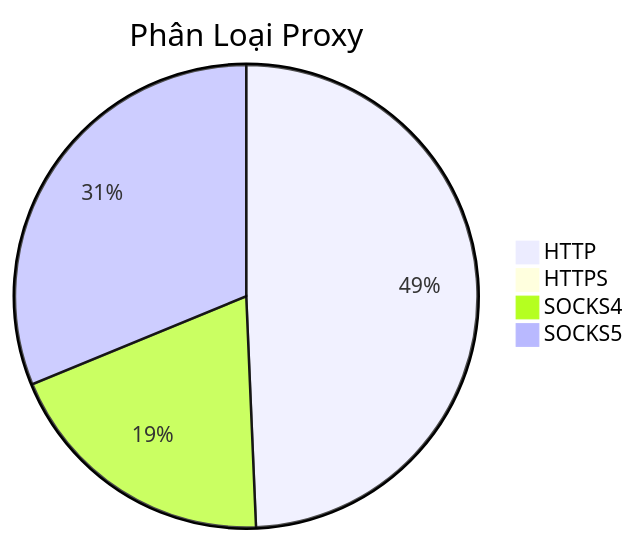
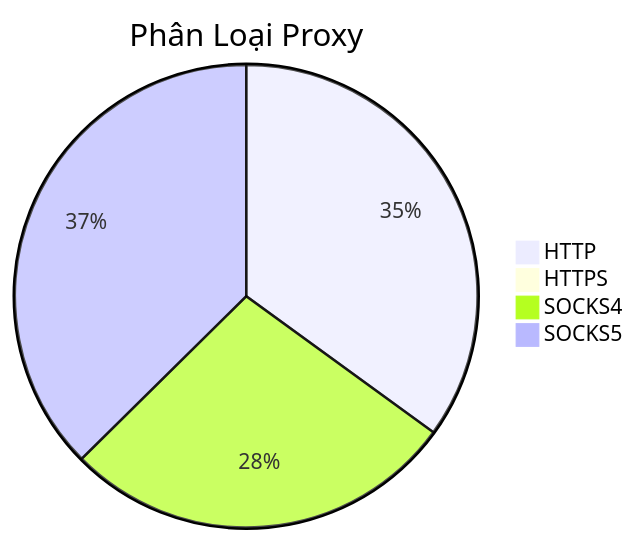
Before and after one commit to Ciara-12/PROXY-free: the diagram in README.md, drawn with Mermaid. The commit also changed other lines of this file and 4 other files, not shown here.

````diff
--- a/README.md
+++ b/README.md
@@ -26,7 +26,7 @@
 ```mermaid
 pie title Phân Loại Proxy
-    "HTTP" : 659
-    "HTTPS" : 1
-    "SOCKS4" : 260
-    "SOCKS5" : 417
+    "HTTP" : 350
+    "HTTPS" : 0
+    "SOCKS4" : 276
+    "SOCKS5" : 374
 ```
````
